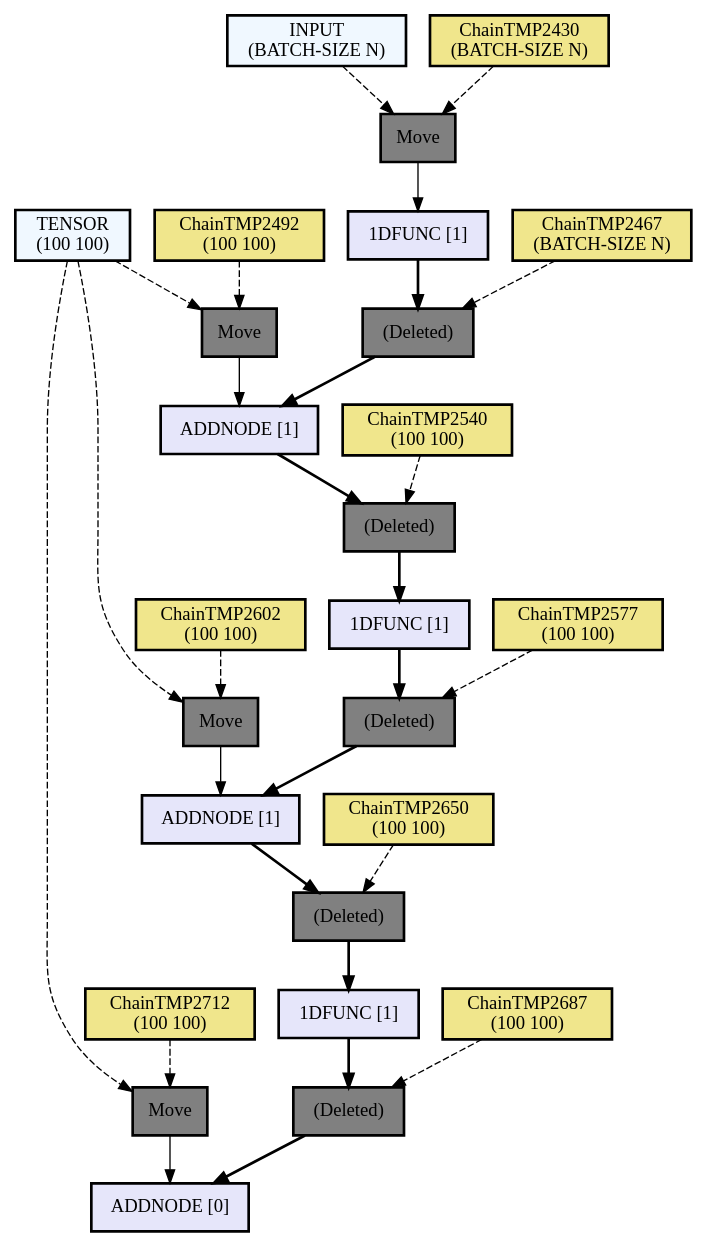
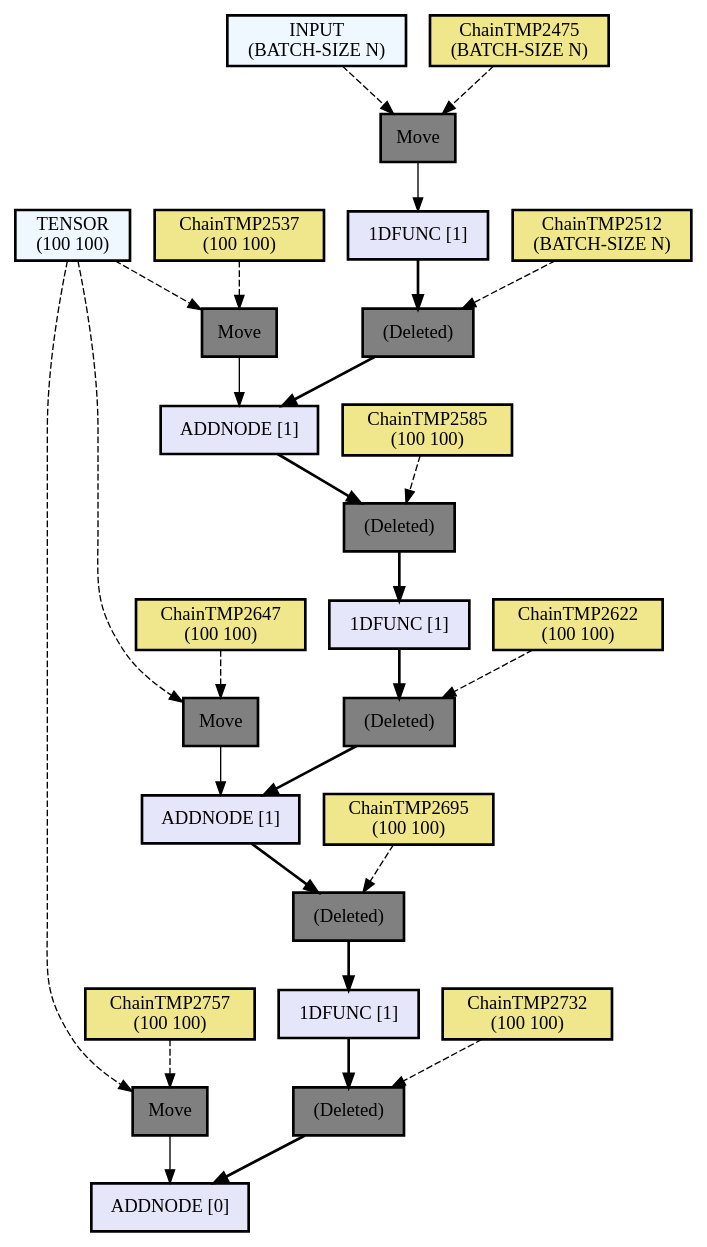
The diagram in assets/out1.dot (hikettei/cl-waffe2), drawn with Graphviz before and after one commit. The commit also changed 6 other files, not shown here.

```diff
--- a/assets/out1.dot
+++ b/assets/out1.dot
@@ -1,71 +1,71 @@
 digraph computation_node {
   node[shape="box" style="filled" color="black" penwidth="2"];
   TENSOR [label = "TENSOR
 (100 100)" fillcolor="#f0f8ff" style="filled, solid"];
-  ChainTMP2712 [label = "ChainTMP2712
+  ChainTMP2757 [label = "ChainTMP2757
 (100 100)" fillcolor="#f0e68c" style="filled, solid"];
-  NODE2826 [label = "Move" fillcolor="gray" style="filled, solid"];
+  NODE2871 [label = "Move" fillcolor="gray" style="filled, solid"];
   TENSOR [label = "TENSOR
 (100 100)" fillcolor="#f0f8ff" style="filled, solid"];
-  ChainTMP2602 [label = "ChainTMP2602
+  ChainTMP2647 [label = "ChainTMP2647
 (100 100)" fillcolor="#f0e68c" style="filled, solid"];
-  NODE2823 [label = "Move" fillcolor="gray" style="filled, solid"];
+  NODE2868 [label = "Move" fillcolor="gray" style="filled, solid"];
   TENSOR [label = "TENSOR
 (100 100)" fillcolor="#f0f8ff" style="filled, solid"];
-  ChainTMP2492 [label = "ChainTMP2492
+  ChainTMP2537 [label = "ChainTMP2537
 (100 100)" fillcolor="#f0e68c" style="filled, solid"];
-  NODE2820 [label = "Move" fillcolor="gray" style="filled, solid"];
+  NODE2865 [label = "Move" fillcolor="gray" style="filled, solid"];
   INPUT [label = "INPUT
 (BATCH-SIZE N)" fillcolor="#f0f8ff" style="filled, solid"];
-  ChainTMP2430 [label = "ChainTMP2430
+  ChainTMP2475 [label = "ChainTMP2475
 (BATCH-SIZE N)" fillcolor="#f0e68c" style="filled, solid"];
-  NODE2817 [label = "Move" fillcolor="gray" style="filled, solid"];
-  NODE2816 [label = "1DFUNC [1]" fillcolor="#e6e6fa" style="filled, solid"];
-  ChainTMP2467 [label = "ChainTMP2467
+  NODE2862 [label = "Move" fillcolor="gray" style="filled, solid"];
+  NODE2861 [label = "1DFUNC [1]" fillcolor="#e6e6fa" style="filled, solid"];
+  ChainTMP2512 [label = "ChainTMP2512
 (BATCH-SIZE N)" fillcolor="#f0e68c" style="filled, solid"];
-  NODE2814 [label = "(Deleted)" fillcolor="gray" style="filled, solid"];
-  NODE2813 [label = "ADDNODE [1]" fillcolor="#e6e6fa" style="filled, solid"];
-  ChainTMP2540 [label = "ChainTMP2540
+  NODE2859 [label = "(Deleted)" fillcolor="gray" style="filled, solid"];
+  NODE2858 [label = "ADDNODE [1]" fillcolor="#e6e6fa" style="filled, solid"];
+  ChainTMP2585 [label = "ChainTMP2585
 (100 100)" fillcolor="#f0e68c" style="filled, solid"];
-  NODE2811 [label = "(Deleted)" fillcolor="gray" style="filled, solid"];
-  NODE2810 [label = "1DFUNC [1]" fillcolor="#e6e6fa" style="filled, solid"];
-  ChainTMP2577 [label = "ChainTMP2577
+  NODE2856 [label = "(Deleted)" fillcolor="gray" style="filled, solid"];
+  NODE2855 [label = "1DFUNC [1]" fillcolor="#e6e6fa" style="filled, solid"];
+  ChainTMP2622 [label = "ChainTMP2622
 (100 100)" fillcolor="#f0e68c" style="filled, solid"];
-  NODE2808 [label = "(Deleted)" fillcolor="gray" style="filled, solid"];
-  NODE2807 [label = "ADDNODE [1]" fillcolor="#e6e6fa" style="filled, solid"];
-  ChainTMP2650 [label = "ChainTMP2650
+  NODE2853 [label = "(Deleted)" fillcolor="gray" style="filled, solid"];
+  NODE2852 [label = "ADDNODE [1]" fillcolor="#e6e6fa" style="filled, solid"];
+  ChainTMP2695 [label = "ChainTMP2695
 (100 100)" fillcolor="#f0e68c" style="filled, solid"];
-  NODE2805 [label = "(Deleted)" fillcolor="gray" style="filled, solid"];
-  NODE2804 [label = "1DFUNC [1]" fillcolor="#e6e6fa" style="filled, solid"];
-  ChainTMP2687 [label = "ChainTMP2687
+  NODE2850 [label = "(Deleted)" fillcolor="gray" style="filled, solid"];
+  NODE2849 [label = "1DFUNC [1]" fillcolor="#e6e6fa" style="filled, solid"];
+  ChainTMP2732 [label = "ChainTMP2732
 (100 100)" fillcolor="#f0e68c" style="filled, solid"];
-  NODE2802 [label = "(Deleted)" fillcolor="gray" style="filled, solid"];
-  NODE2801 [label = "ADDNODE [0]" fillcolor="#e6e6fa" style="filled, solid"];
-  NODE2802 -> NODE2801[penwidth="2"];
-  ChainTMP2687 -> NODE2802[style="dashed"];
-  NODE2804 -> NODE2802[penwidth="2"];
-  NODE2805 -> NODE2804[penwidth="2"];
-  ChainTMP2650 -> NODE2805[style="dashed"];
-  NODE2807 -> NODE2805[penwidth="2"];
-  NODE2808 -> NODE2807[penwidth="2"];
-  ChainTMP2577 -> NODE2808[style="dashed"];
-  NODE2810 -> NODE2808[penwidth="2"];
-  NODE2811 -> NODE2810[penwidth="2"];
-  ChainTMP2540 -> NODE2811[style="dashed"];
-  NODE2813 -> NODE2811[penwidth="2"];
-  NODE2814 -> NODE2813[penwidth="2"];
-  ChainTMP2467 -> NODE2814[style="dashed"];
-  NODE2816 -> NODE2814[penwidth="2"];
-  NODE2817 -> NODE2816[weight=10];
-  ChainTMP2430 -> NODE2817[style="dashed"];
-  INPUT -> NODE2817[style="dashed"];
-  NODE2820 -> NODE2813[weight=10];
-  ChainTMP2492 -> NODE2820[style="dashed"];
-  TENSOR -> NODE2820[style="dashed"];
-  NODE2823 -> NODE2807[weight=10];
-  ChainTMP2602 -> NODE2823[style="dashed"];
-  TENSOR -> NODE2823[style="dashed"];
-  NODE2826 -> NODE2801[weight=10];
-  ChainTMP2712 -> NODE2826[style="dashed"];
-  TENSOR -> NODE2826[style="dashed"];
+  NODE2847 [label = "(Deleted)" fillcolor="gray" style="filled, solid"];
+  NODE2846 [label = "ADDNODE [0]" fillcolor="#e6e6fa" style="filled, solid"];
+  NODE2847 -> NODE2846[penwidth="2"];
+  ChainTMP2732 -> NODE2847[style="dashed"];
+  NODE2849 -> NODE2847[penwidth="2"];
+  NODE2850 -> NODE2849[penwidth="2"];
+  ChainTMP2695 -> NODE2850[style="dashed"];
+  NODE2852 -> NODE2850[penwidth="2"];
+  NODE2853 -> NODE2852[penwidth="2"];
+  ChainTMP2622 -> NODE2853[style="dashed"];
+  NODE2855 -> NODE2853[penwidth="2"];
+  NODE2856 -> NODE2855[penwidth="2"];
+  ChainTMP2585 -> NODE2856[style="dashed"];
+  NODE2858 -> NODE2856[penwidth="2"];
+  NODE2859 -> NODE2858[penwidth="2"];
+  ChainTMP2512 -> NODE2859[style="dashed"];
+  NODE2861 -> NODE2859[penwidth="2"];
+  NODE2862 -> NODE2861[weight=10];
+  ChainTMP2475 -> NODE2862[style="dashed"];
+  INPUT -> NODE2862[style="dashed"];
+  NODE2865 -> NODE2858[weight=10];
+  ChainTMP2537 -> NODE2865[style="dashed"];
+  TENSOR -> NODE2865[style="dashed"];
+  NODE2868 -> NODE2852[weight=10];
+  ChainTMP2647 -> NODE2868[style="dashed"];
+  TENSOR -> NODE2868[style="dashed"];
+  NODE2871 -> NODE2846[weight=10];
+  ChainTMP2757 -> NODE2871[style="dashed"];
+  TENSOR -> NODE2871[style="dashed"];
 }
```
